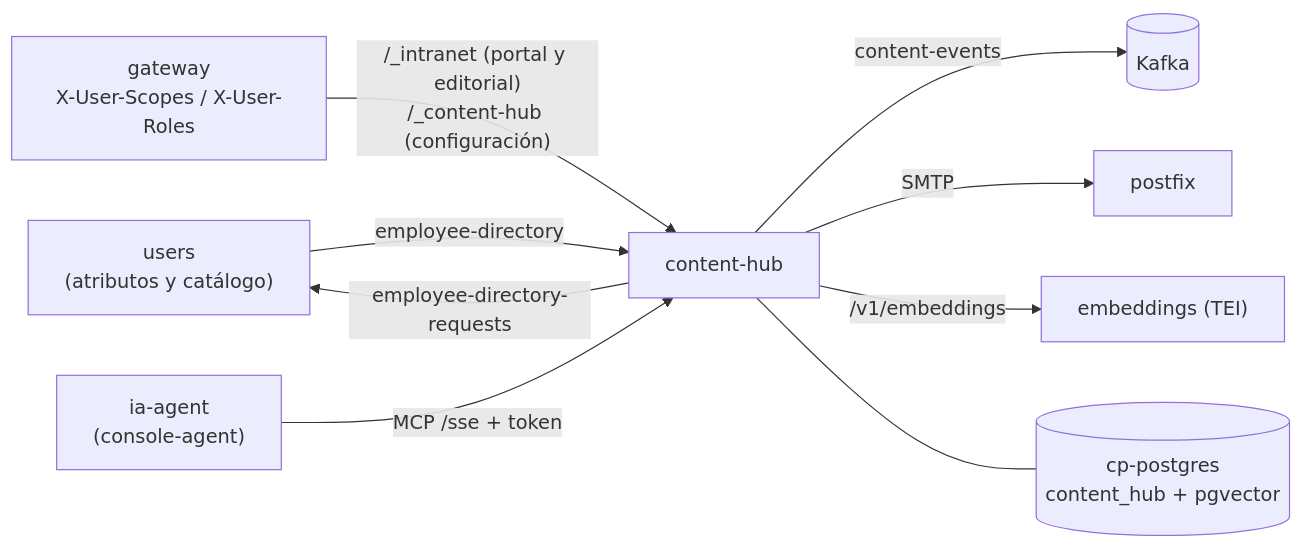
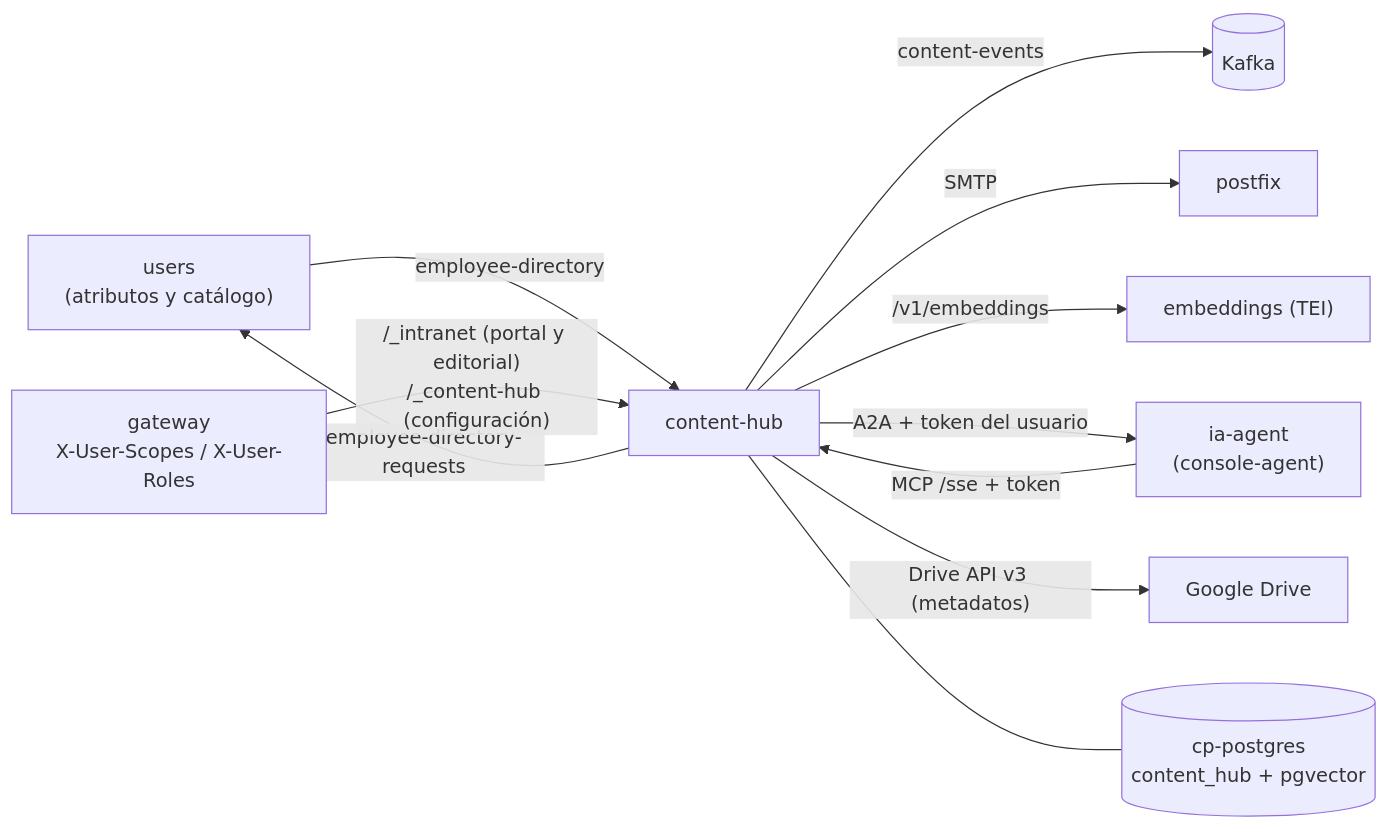
One commit to miguelperezcolom/ec-demo1 changed the first of 3 diagrams in doc/src/content/docs/intranet/arquitectura.md. Above: the diagram before and after it, drawn with Mermaid. The commit also changed other lines of this file and 52 other files, not shown here.

````diff
--- a/doc/src/content/docs/intranet/arquitectura.md
+++ b/doc/src/content/docs/intranet/arquitectura.md
@@ -46,11 +48,13 @@
 ```mermaid
 flowchart LR
   U["users<br/>(atributos y catálogo)"] -- employee-directory --> CH
   CH -- employee-directory-requests --> U
   GW["gateway<br/>X-User-Scopes / X-User-Roles"] -- "/_intranet (portal y editorial)<br/>/_content-hub (configuración)" --> CH["content-hub"]
   AG["ia-agent<br/>(console-agent)"] -- "MCP /sse + token" --> CH
   CH -- content-events --> K[("Kafka")]
   CH -- SMTP --> PF["postfix"]
   CH -- "/v1/embeddings" --> EMB["embeddings (TEI)"]
+  CH -- "A2A + token del usuario" --> AG
+  CH -- "Drive API v3 (metadatos)" --> GD["Google Drive"]
   CH --- DB[("cp-postgres<br/>content_hub + pgvector")]
 ```
````
